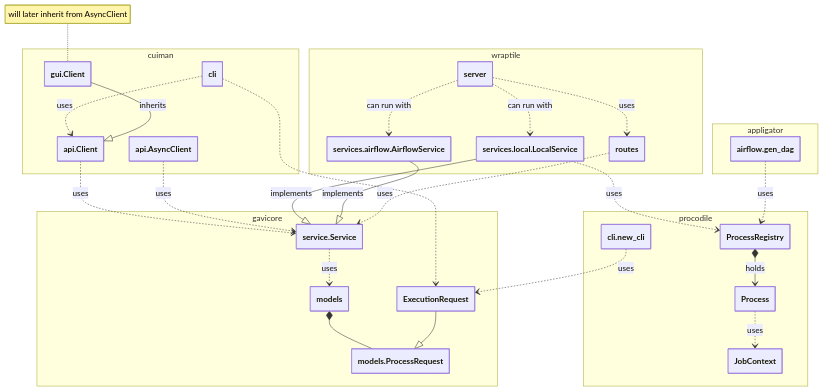
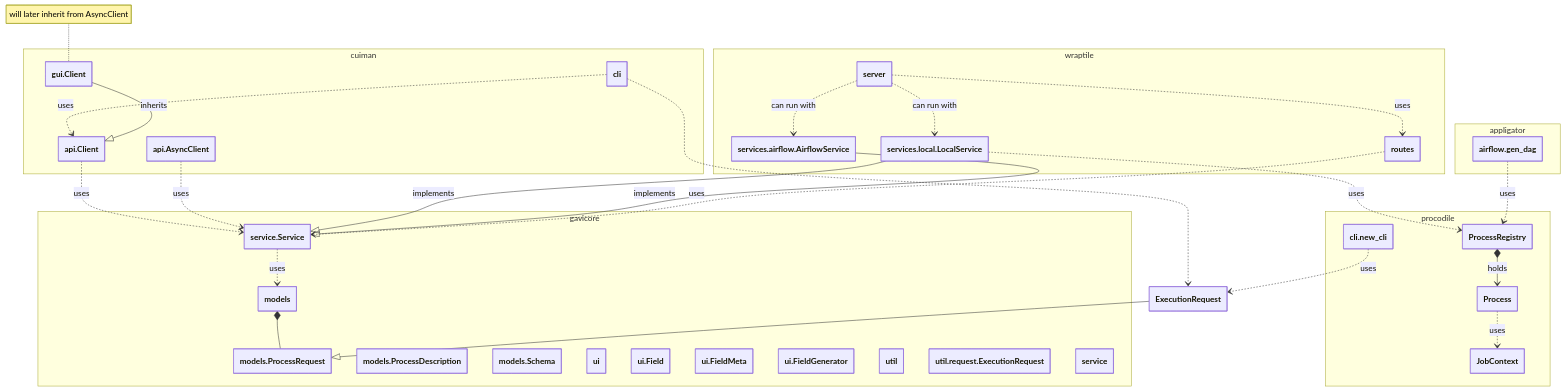
The second of 6 diagrams in docs/architecture.md (eo-tools/eozilla), drawn with Mermaid before and after one commit. The commit also changed other lines of this file, not shown here.

Commit message:
updated mermaid diagrams

````diff
--- a/docs/architecture.md
+++ b/docs/architecture.md
@@ -42,60 +40,68 @@
 ```mermaid
 ---
 config:
     class:
         hideEmptyMembersBox: true
     theme: default
 ---
 classDiagram
     direction TD
     namespace cuiman {
         class api.AsyncClient
         class api.Client
         class gui.Client
         class cli
     }
     namespace gavicore {
         class models
+        class models.ProcessRequest
+        class models.ProcessDescription
+        class models.Schema
+        class ui
+        class ui.Field
+        class ui.FieldMeta
+        class ui.FieldGenerator
+        class util
+        class util.request.ExecutionRequest
+        class service
         class service.Service
-        class models.ProcessRequest
-        class ExecutionRequest
     }
     namespace wraptile {
         class server
         class routes
         class services.local.LocalService
         class services.airflow.AirflowService
     }
     namespace procodile {
         class JobContext
         class Process
         class ProcessRegistry
         class cli.new_cli
     }
     namespace appligator {
         class airflow.gen_dag
     }
 
     cli ..> api.Client : uses
     cli ..> ExecutionRequest
     gui.Client --|> api.Client : inherits
     api.Client ..> service.Service : uses
     api.AsyncClient ..> service.Service : uses
     service.Service ..> models : uses
     services.local.LocalService --|> service.Service : implements
     services.airflow.AirflowService --|> service.Service : implements
     routes ..> service.Service : uses
     server ..> routes : uses
     server ..> services.local.LocalService : can run with
     server ..> services.airflow.AirflowService : can run with
     services.local.LocalService ..> ProcessRegistry : uses
     airflow.gen_dag ..> ProcessRegistry : uses
     ProcessRegistry *--> Process: holds
     Process ..> JobContext : uses
     cli.new_cli ..> ExecutionRequest : uses
     models *-- models.ProcessRequest
     ExecutionRequest --|> models.ProcessRequest
     
     note for gui.Client "will later inherit from AsyncClient"
 
 ```
````
